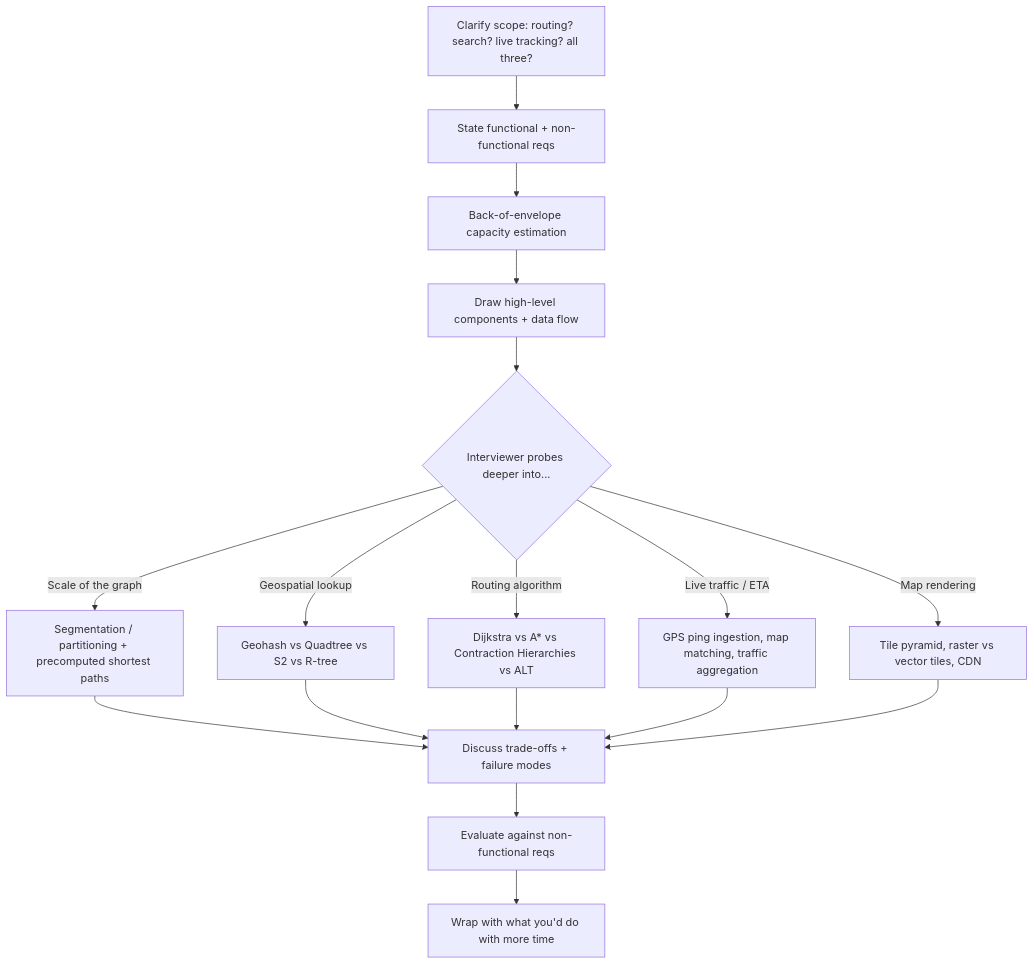
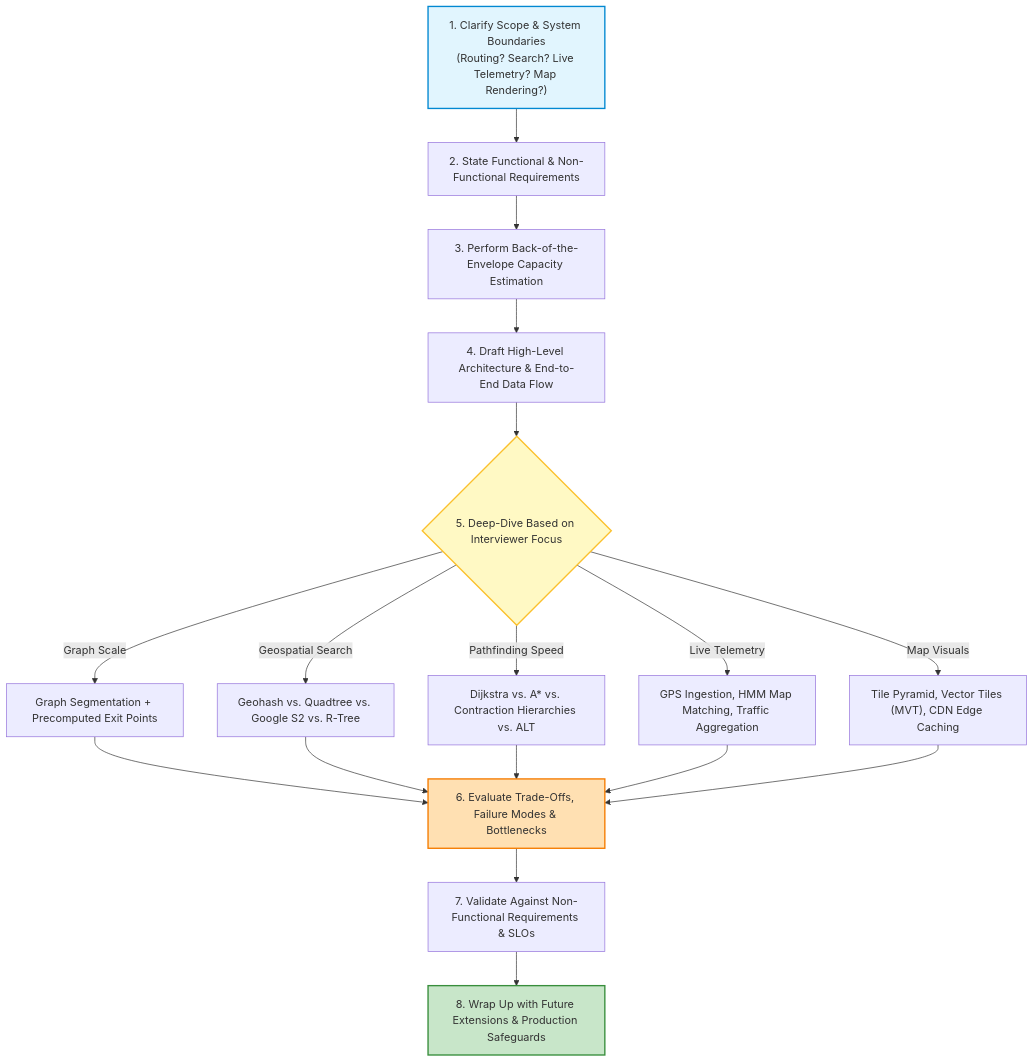
The second of 27 diagrams in system-design/HLD/0-course/28-Design Google Maps-FAANG-Guide.md (riyaz-pasha/Learnings), drawn with Mermaid before and after one commit. The commit also changed other lines of this file and 1 other file, not shown here.

First line of the commit message:
[HLD] Rewrite and restore Google Maps guide + story companion

````diff
--- a/system-design/HLD/0-course/28-Design Google Maps-FAANG-Guide.md
+++ b/system-design/HLD/0-course/28-Design Google Maps-FAANG-Guide.md
@@ -55,19 +78,27 @@
 ```mermaid
 flowchart TD
-    A[Clarify scope: routing? search? live tracking? all three?] --> B[State functional + non-functional reqs]
-    B --> C[Back-of-envelope capacity estimation]
-    C --> D[Draw high-level components + data flow]
-    D --> E{Interviewer probes deeper into...}
-    E -->|Scale of the graph| F[Segmentation / partitioning + precomputed shortest paths]
-    E -->|Geospatial lookup| G[Geohash vs Quadtree vs S2 vs R-tree]
-    E -->|Routing algorithm| H[Dijkstra vs A* vs Contraction Hierarchies vs ALT]
-    E -->|Live traffic / ETA| I[GPS ping ingestion, map matching, traffic aggregation]
-    E -->|Map rendering| J[Tile pyramid, raster vs vector tiles, CDN]
-    F --> K[Discuss trade-offs + failure modes]
+    A["1. Clarify Scope & System Boundaries<br/>(Routing? Search? Live Telemetry? Map Rendering?)"] --> B["2. State Functional & Non-Functional Requirements"]
+    B --> C["3. Perform Back-of-the-Envelope Capacity Estimation"]
+    C --> D["4. Draft High-Level Architecture & End-to-End Data Flow"]
+    D --> E{"5. Deep-Dive Based on Interviewer Focus"}
+    
+    E -->|"Graph Scale"| F["Graph Segmentation + Precomputed Exit Points"]
+    E -->|"Geospatial Search"| G["Geohash vs. Quadtree vs. Google S2 vs. R-Tree"]
+    E -->|"Pathfinding Speed"| H["Dijkstra vs. A* vs. Contraction Hierarchies vs. ALT"]
+    E -->|"Live Telemetry"| I["GPS Ingestion, HMM Map Matching, Traffic Aggregation"]
+    E -->|"Map Visuals"| J["Tile Pyramid, Vector Tiles (MVT), CDN Edge Caching"]
+    
+    F --> K["6. Evaluate Trade-Offs, Failure Modes & Bottlenecks"]
     G --> K
     H --> K
     I --> K
     J --> K
-    K --> L[Evaluate against non-functional reqs]
-    L --> M[Wrap with what you'd do with more time]
+    
+    K --> L["7. Validate Against Non-Functional Requirements & SLOs"]
+    L --> M["8. Wrap Up with Future Extensions & Production Safeguards"]
+
+    style A fill:#e1f5fe,stroke:#0288d1,stroke-width:2px
+    style E fill:#fff9c4,stroke:#fbc02d,stroke-width:2px
+    style K fill:#ffe0b2,stroke:#f57c00,stroke-width:2px
+    style M fill:#c8e6c9,stroke:#388e3c,stroke-width:2px
 ```
````
